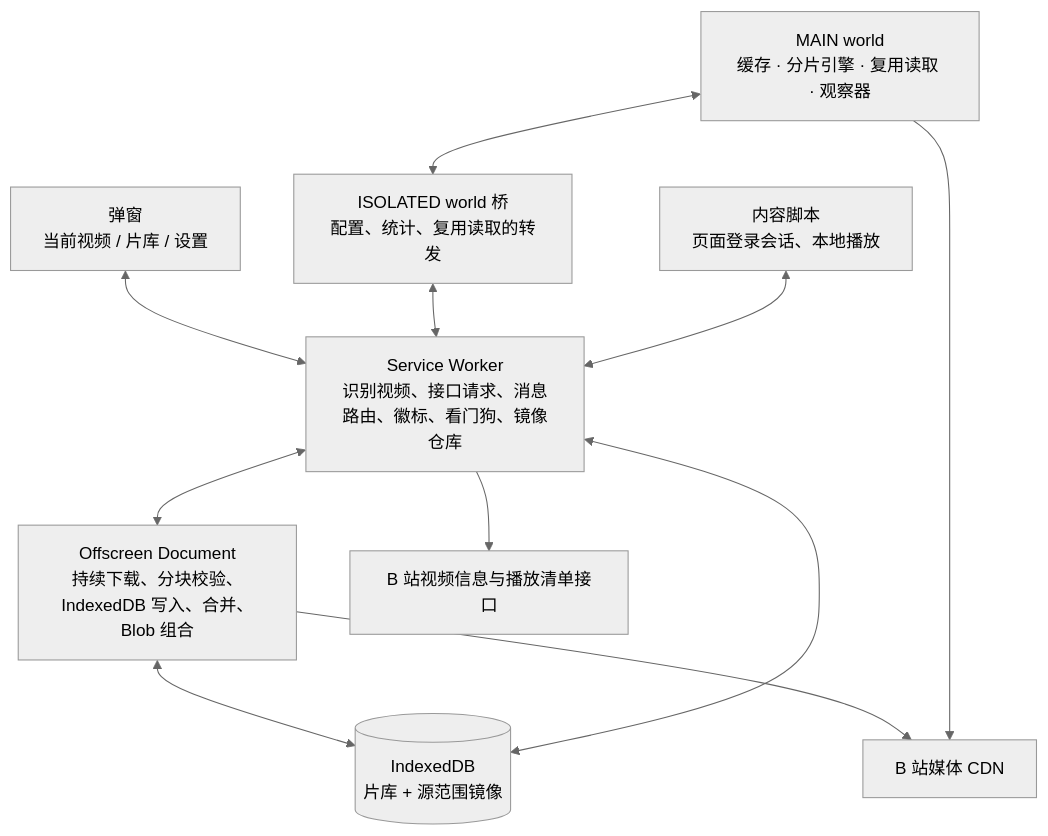
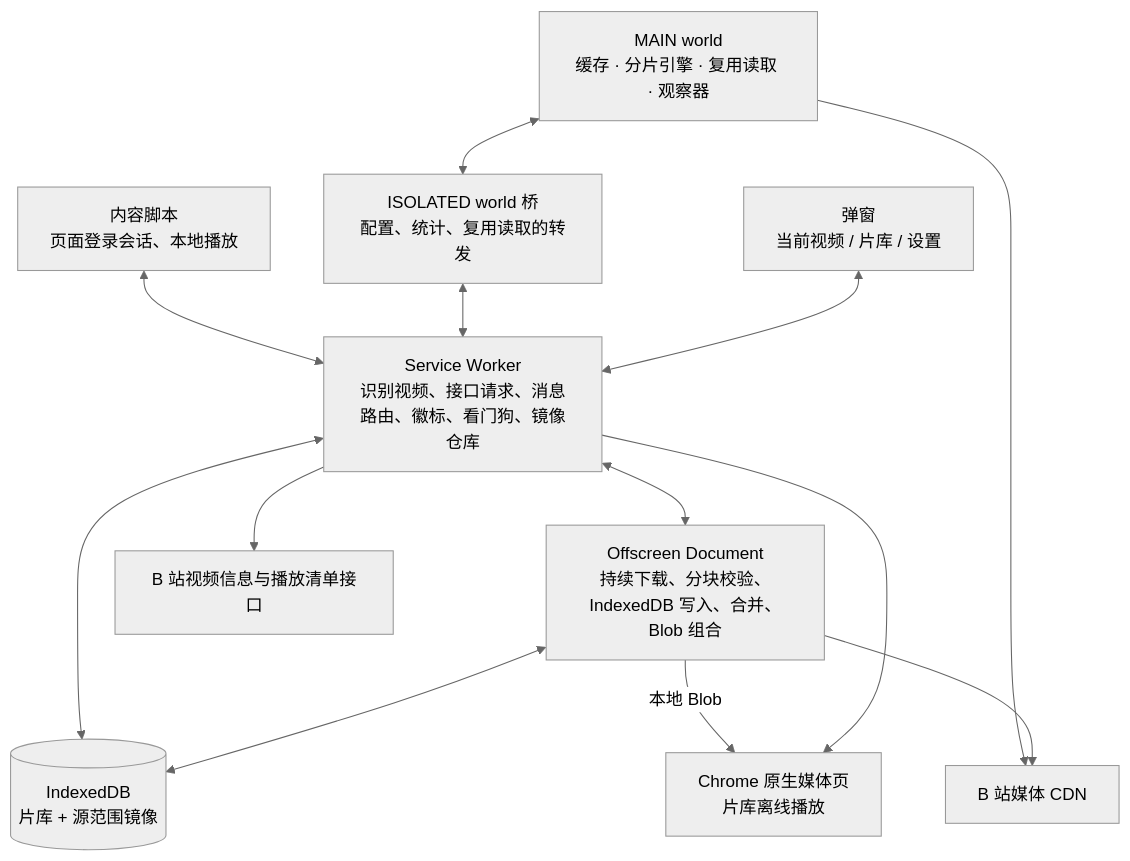
The diagram in 技术文档.md (Kihara-Ri/bilibili-buffer-extension), drawn with Mermaid (neutral theme) before and after one commit. The commit also changed other lines of this file and 77 other files, not shown here.

````diff
--- a/技术文档.md
+++ b/技术文档.md
@@ -52,23 +52,26 @@
 ```mermaid
 flowchart TB
     UI["弹窗<br/>当前视频 / 片库 / 设置"]
     BG["Service Worker<br/>识别视频、接口请求、消息路由、徽标、看门狗、镜像仓库"]
     OFF["Offscreen Document<br/>持续下载、分块校验、IndexedDB 写入、合并、Blob 组合"]
     DB[("IndexedDB<br/>片库 + 源范围镜像")]
     MAIN["MAIN world<br/>缓存 · 分片引擎 · 复用读取 · 观察器"]
     BRIDGE["ISOLATED world 桥<br/>配置、统计、复用读取的转发"]
     CONTENT["内容脚本<br/>页面登录会话、本地播放"]
+    LOCAL["Chrome 原生媒体页<br/>片库离线播放"]
     API["B 站视频信息与播放清单接口"]
     CDN["B 站媒体 CDN"]
 
     UI <--> BG
     BG --> API
     BG <--> OFF
     OFF <--> DB
     BG <--> DB
     OFF --> CDN
     MAIN <--> BRIDGE
     BRIDGE <--> BG
     CONTENT <--> BG
+    BG --> LOCAL
+    OFF -->|本地 Blob| LOCAL
     MAIN --> CDN
 ```
````
